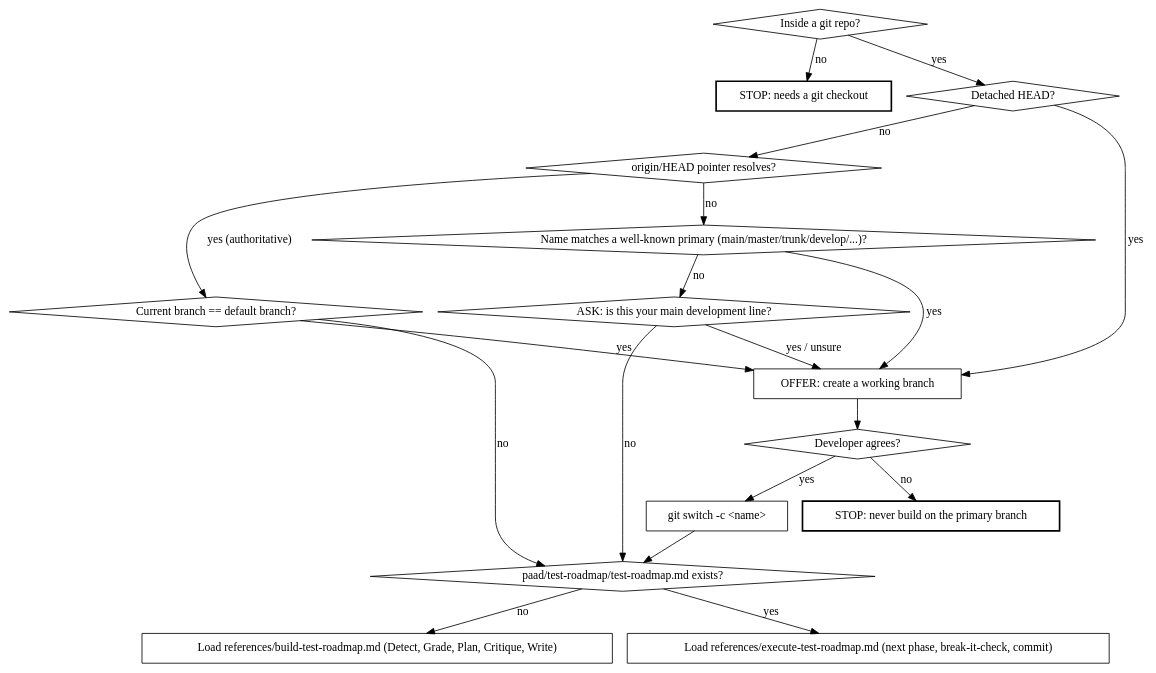
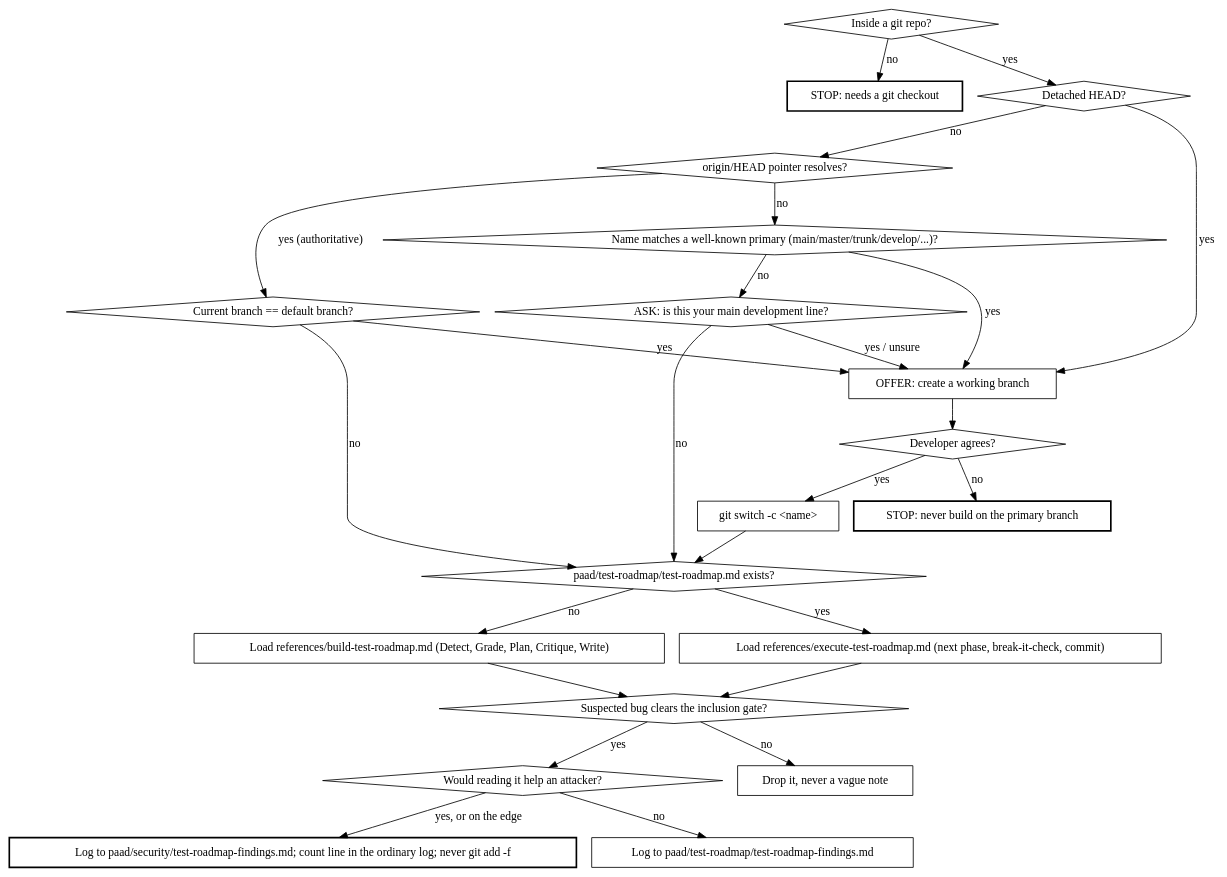
The diagram in preview/paad/skills/test-roadmap/SKILL.md (Ovid/paad), drawn with Graphviz before and after one commit. The commit also changed other lines of this file and 2 other files, not shown here.

Commit message:
test-roadmap: security findings go to paad/security/test-roadmap-findings.md, never committed
Claude-Session: https://claude.ai/code/session_01A487fo26UJL2VPNT6SLmux

````diff
--- a/preview/paad/skills/test-roadmap/SKILL.md
+++ b/preview/paad/skills/test-roadmap/SKILL.md
@@ -38,37 +38,48 @@
 ```dot
 digraph route {
   "Inside a git repo?" [shape=diamond];
   "STOP: needs a git checkout" [shape=box, style=bold];
   "Detached HEAD?" [shape=diamond];
   "origin/HEAD pointer resolves?" [shape=diamond];
   "Current branch == default branch?" [shape=diamond];
   "Name matches a well-known primary (main/master/trunk/develop/...)?" [shape=diamond];
   "ASK: is this your main development line?" [shape=diamond];
   "OFFER: create a working branch" [shape=box];
   "Developer agrees?" [shape=diamond];
   "STOP: never build on the primary branch" [shape=box, style=bold];
   "git switch -c <name>" [shape=box];
   "paad/test-roadmap/test-roadmap.md exists?" [shape=diamond];
   "Load references/build-test-roadmap.md (Detect, Grade, Plan, Critique, Write)" [shape=box];
   "Load references/execute-test-roadmap.md (next phase, break-it-check, commit)" [shape=box];
+  "Suspected bug clears the inclusion gate?" [shape=diamond];
+  "Would reading it help an attacker?" [shape=diamond];
+  "Log to paad/security/test-roadmap-findings.md; count line in the ordinary log; never git add -f" [shape=box, style=bold];
+  "Log to paad/test-roadmap/test-roadmap-findings.md" [shape=box];
+  "Drop it, never a vague note" [shape=box];
 
   "Inside a git repo?" -> "STOP: needs a git checkout" [label="no"];
   "Inside a git repo?" -> "Detached HEAD?" [label="yes"];
   "Detached HEAD?" -> "OFFER: create a working branch" [label="yes"];
   "Detached HEAD?" -> "origin/HEAD pointer resolves?" [label="no"];
   "origin/HEAD pointer resolves?" -> "Current branch == default branch?" [label="yes (authoritative)"];
   "origin/HEAD pointer resolves?" -> "Name matches a well-known primary (main/master/trunk/develop/...)?" [label="no"];
   "Current branch == default branch?" -> "OFFER: create a working branch" [label="yes"];
   "Current branch == default branch?" -> "paad/test-roadmap/test-roadmap.md exists?" [label="no"];
   "Name matches a well-known primary (main/master/trunk/develop/...)?" -> "OFFER: create a working branch" [label="yes"];
   "Name matches a well-known primary (main/master/trunk/develop/...)?" -> "ASK: is this your main development line?" [label="no"];
   "ASK: is this your main development line?" -> "OFFER: create a working branch" [label="yes / unsure"];
   "ASK: is this your main development line?" -> "paad/test-roadmap/test-roadmap.md exists?" [label="no"];
   "OFFER: create a working branch" -> "Developer agrees?";
   "Developer agrees?" -> "STOP: never build on the primary branch" [label="no"];
   "Developer agrees?" -> "git switch -c <name>" [label="yes"];
   "git switch -c <name>" -> "paad/test-roadmap/test-roadmap.md exists?";
   "paad/test-roadmap/test-roadmap.md exists?" -> "Load references/execute-test-roadmap.md (next phase, break-it-check, commit)" [label="yes"];
   "paad/test-roadmap/test-roadmap.md exists?" -> "Load references/build-test-roadmap.md (Detect, Grade, Plan, Critique, Write)" [label="no"];
+  "Load references/execute-test-roadmap.md (next phase, break-it-check, commit)" -> "Suspected bug clears the inclusion gate?";
+  "Load references/build-test-roadmap.md (Detect, Grade, Plan, Critique, Write)" -> "Suspected bug clears the inclusion gate?";
+  "Suspected bug clears the inclusion gate?" -> "Drop it, never a vague note" [label="no"];
+  "Suspected bug clears the inclusion gate?" -> "Would reading it help an attacker?" [label="yes"];
+  "Would reading it help an attacker?" -> "Log to paad/security/test-roadmap-findings.md; count line in the ordinary log; never git add -f" [label="yes, or on the edge"];
+  "Would reading it help an attacker?" -> "Log to paad/test-roadmap/test-roadmap-findings.md" [label="no"];
 }
 ```
````
